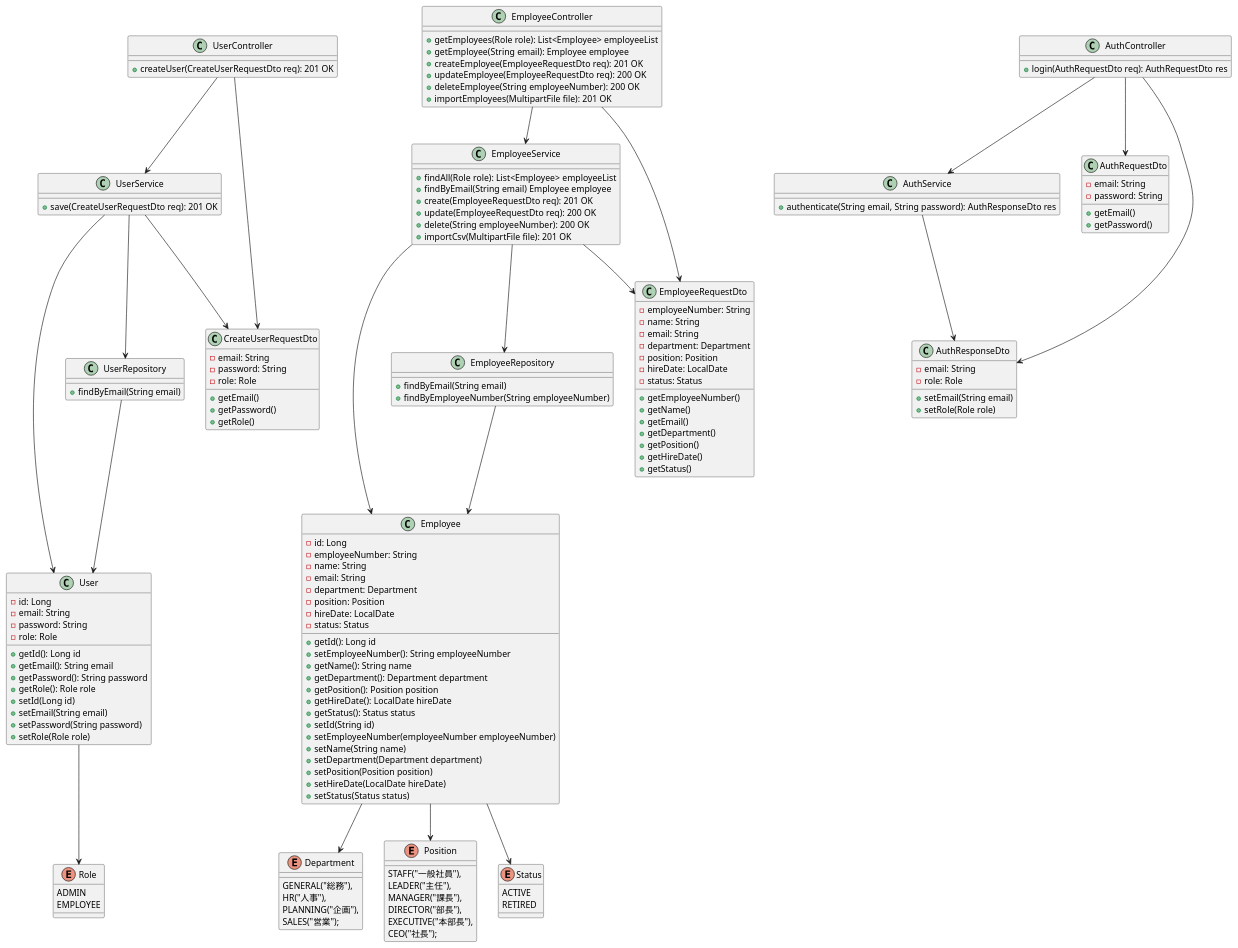
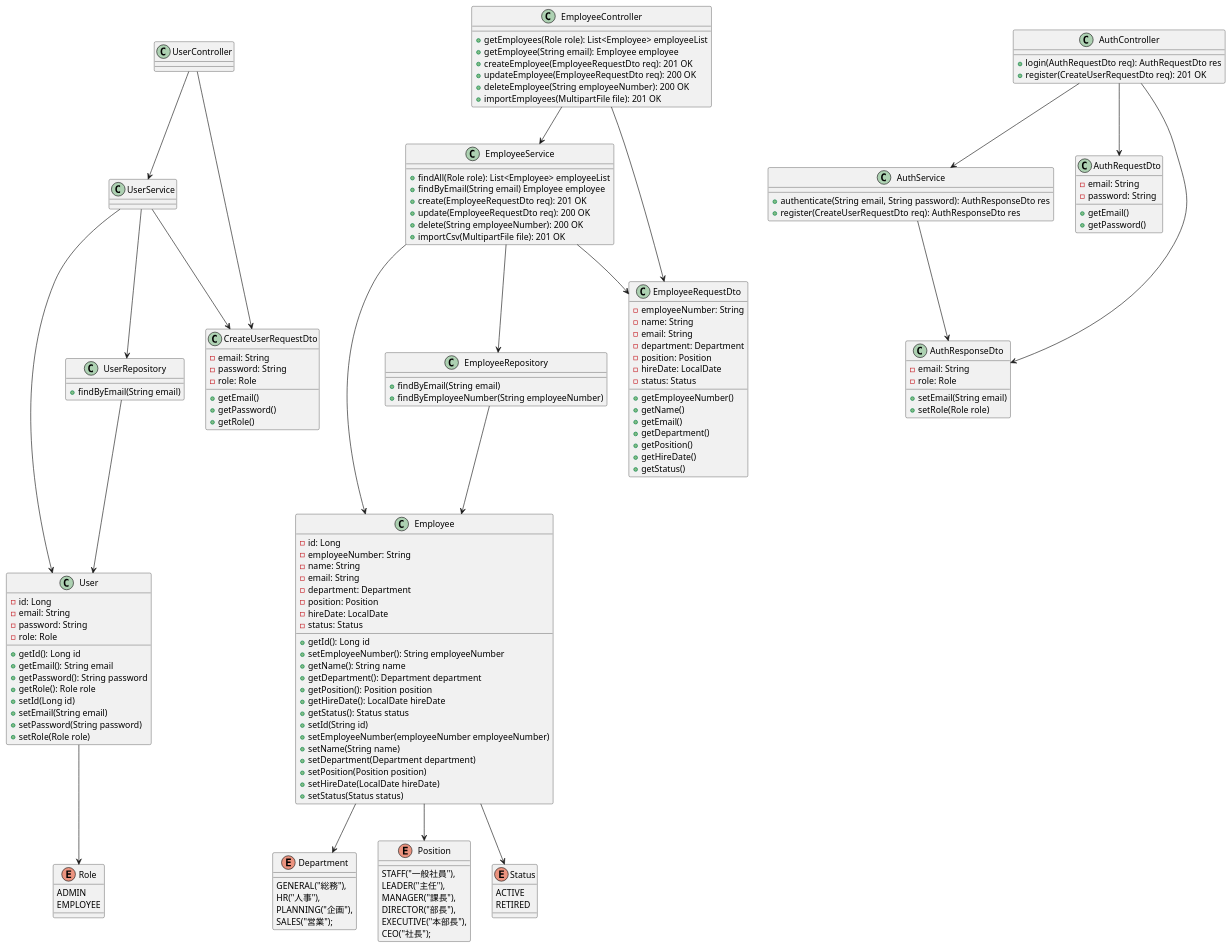
One commit to tettamasuyama/group-assignment changed the diagram in uml/code/class.puml. Above: the diagram before and after it, drawn with PlantUML.

Commit message:
fix: registerの責務をauthへ移動

```diff
--- a/uml/code/class.puml
+++ b/uml/code/class.puml
@@ -127,19 +127,14 @@
 
 class AuthController {
   + login(AuthRequestDto req): AuthRequestDto res
+  + register(CreateUserRequestDto req): 201 OK
 }
 
 class AuthService {
   + authenticate(String email, String password): AuthResponseDto res
+  + register(CreateUserRequestDto req): AuthResponseDto res
 }
 
-class UserController {
-  + createUser(CreateUserRequestDto req): 201 OK
-}
-
-class UserService {
-  + save(CreateUserRequestDto req): 201 OK
-}
 
 class UserRepository {
   + findByEmail(String email)
```
